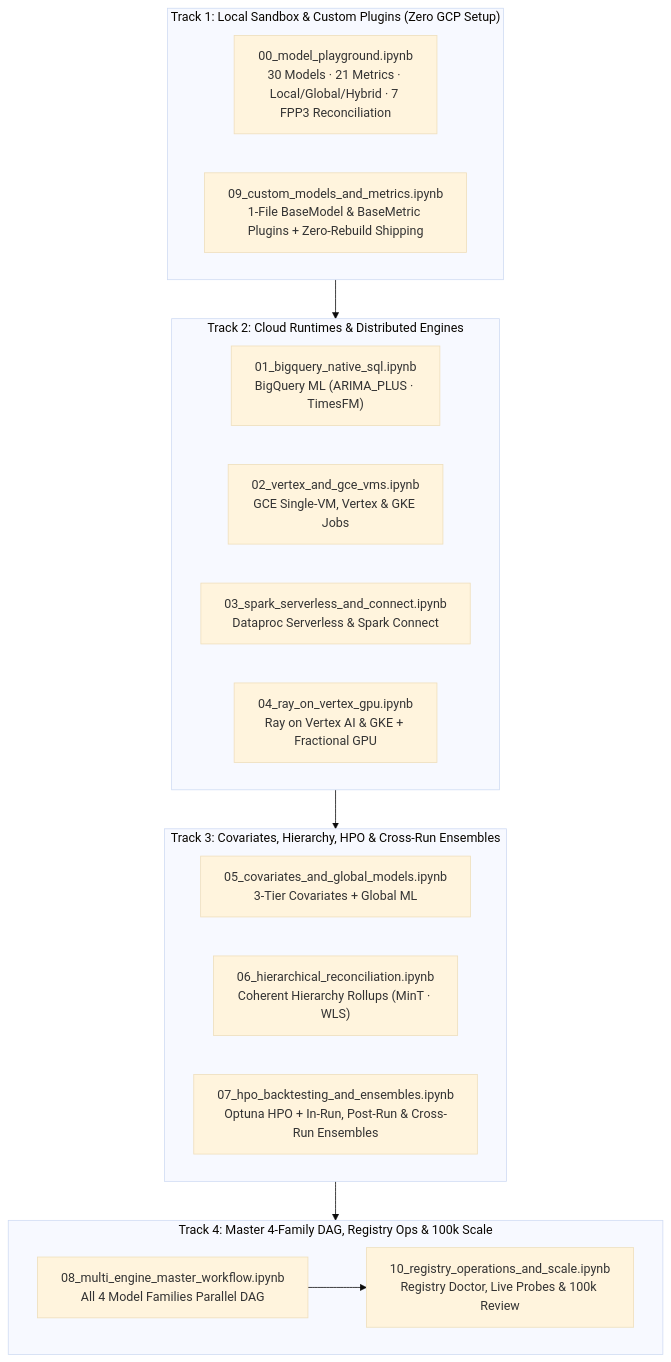
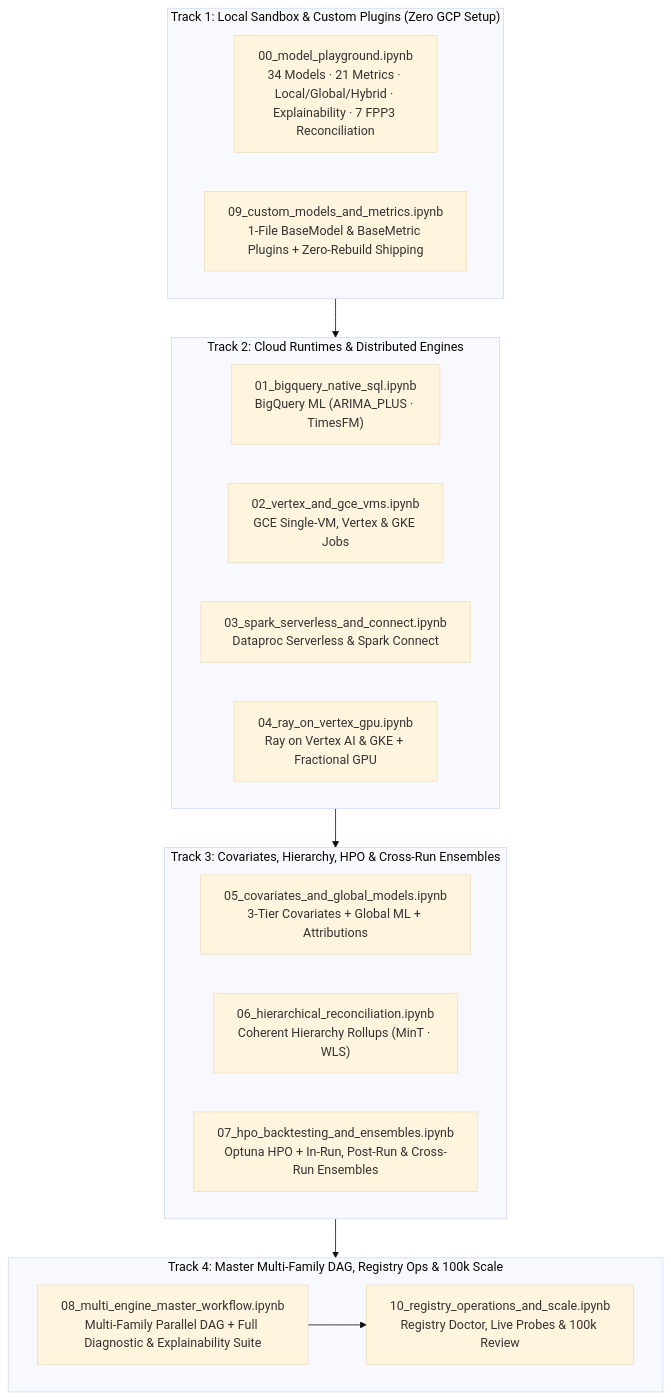
One commit to statmike/scale-forecasting changed the fifth of 6 diagrams in README.md. Above: the diagram before and after it, drawn with Mermaid (base theme). The commit also changed other lines of this file and 102 other files, not shown here.

Commit message:
feat(automl,explainability): add Vertex AI AutoML & Tabular Workflows (vertex_l2l, vertex_tide, vertex_tft, vertex_seq2seq), Two-Tier Feature Attributions, and repo-wide docs

````diff
--- a/README.md
+++ b/README.md
@@ -599,29 +616,29 @@
 ```mermaid
 flowchart TD
     subgraph Track1["Track 1: Local Sandbox & Custom Plugins (Zero GCP Setup)"]
-        NB00["00_model_playground.ipynb<br/>30 Models · 21 Metrics · Local/Global/Hybrid · 7 FPP3 Reconciliation"]
+        NB00["00_model_playground.ipynb<br/>34 Models · 21 Metrics · Local/Global/Hybrid · Explainability · 7 FPP3 Reconciliation"]
         NB09["09_custom_models_and_metrics.ipynb<br/>1-File BaseModel & BaseMetric Plugins + Zero-Rebuild Shipping"]
     end
 
     subgraph Track2["Track 2: Cloud Runtimes & Distributed Engines"]
         direction LR
         NB01["01_bigquery_native_sql.ipynb<br/>BigQuery ML (ARIMA_PLUS · TimesFM)"]
         NB02["02_vertex_and_gce_vms.ipynb<br/>GCE Single-VM, Vertex & GKE Jobs"]
         NB03["03_spark_serverless_and_connect.ipynb<br/>Dataproc Serverless & Spark Connect"]
         NB04["04_ray_on_vertex_gpu.ipynb<br/>Ray on Vertex AI & GKE + Fractional GPU"]
     end
 
     subgraph Track3["Track 3: Covariates, Hierarchy, HPO & Cross-Run Ensembles"]
         direction LR
-        NB05["05_covariates_and_global_models.ipynb<br/>3-Tier Covariates + Global ML"]
+        NB05["05_covariates_and_global_models.ipynb<br/>3-Tier Covariates + Global ML + Attributions"]
         NB06["06_hierarchical_reconciliation.ipynb<br/>Coherent Hierarchy Rollups (MinT · WLS)"]
         NB07["07_hpo_backtesting_and_ensembles.ipynb<br/>Optuna HPO + In-Run, Post-Run & Cross-Run Ensembles"]
     end
 
-    subgraph Track4["Track 4: Master 4-Family DAG, Registry Ops & 100k Scale"]
+    subgraph Track4["Track 4: Master Multi-Family DAG, Registry Ops & 100k Scale"]
         direction LR
-        NB08["08_multi_engine_master_workflow.ipynb<br/>All 4 Model Families Parallel DAG"] --> NB10["10_registry_operations_and_scale.ipynb<br/>Registry Doctor, Live Probes & 100k Review"]
+        NB08["08_multi_engine_master_workflow.ipynb<br/>Multi-Family Parallel DAG + Full Diagnostic & Explainability Suite"] --> NB10["10_registry_operations_and_scale.ipynb<br/>Registry Doctor, Live Probes & 100k Review"]
     end
 
     Track1 --> Track2 --> Track3 --> Track4
 ```
````
